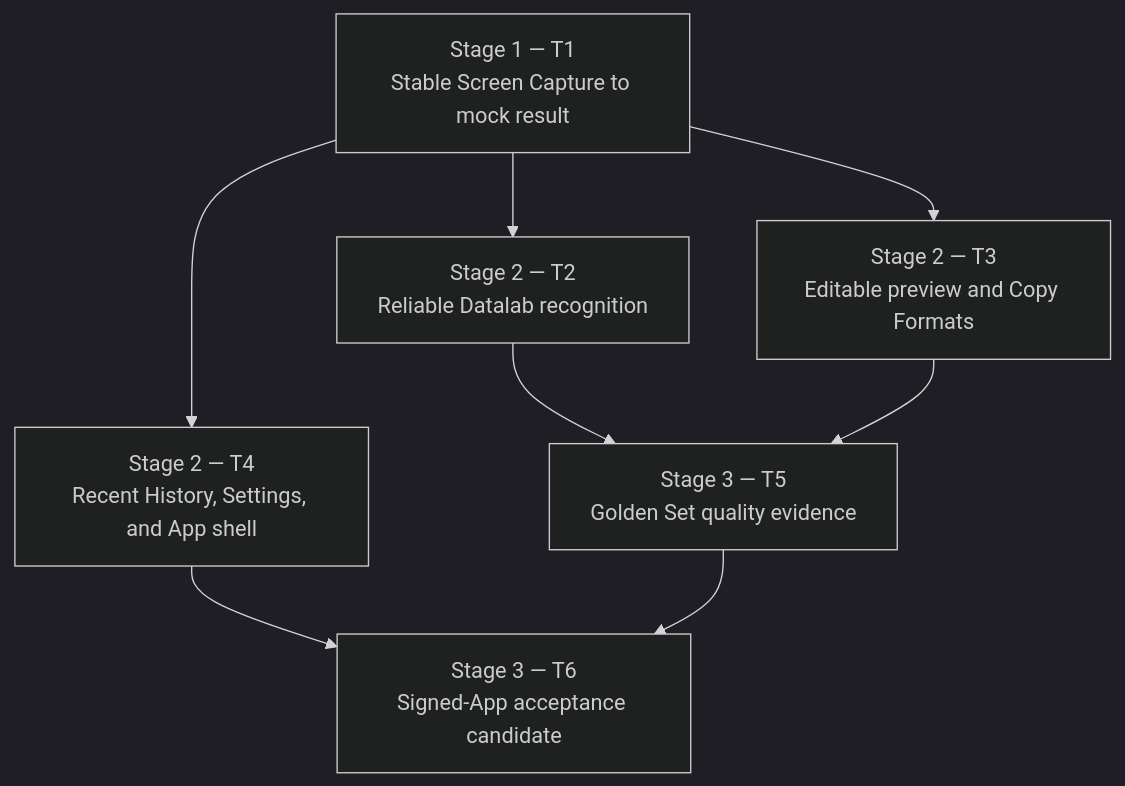
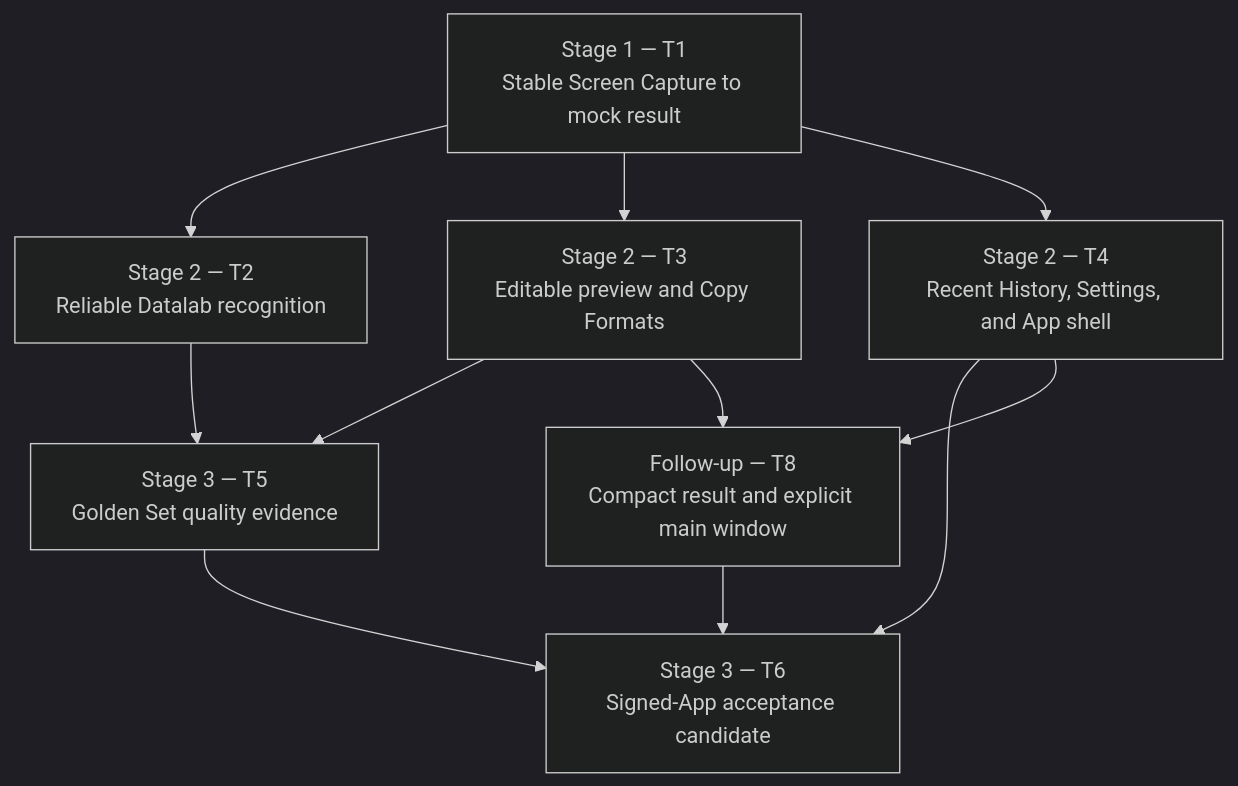
One commit to tterumiimurett/my_mathpix changed the diagram in .scratch/personal-mvp/map.md. Above: the diagram before and after it, drawn with Mermaid (dark theme). The commit also changed other lines of this file and 14 other files, not shown here.

Commit message:
Restore compact result panel and explicit workspace routing

````diff
--- a/.scratch/personal-mvp/map.md
+++ b/.scratch/personal-mvp/map.md
@@ -15,17 +15,21 @@
 ```mermaid
 flowchart TD
     T1["Stage 1 — T1<br/>Stable Screen Capture to mock result"]
     T2["Stage 2 — T2<br/>Reliable Datalab recognition"]
     T3["Stage 2 — T3<br/>Editable preview and Copy Formats"]
     T4["Stage 2 — T4<br/>Recent History, Settings, and App shell"]
     T5["Stage 3 — T5<br/>Golden Set quality evidence"]
     T6["Stage 3 — T6<br/>Signed-App acceptance candidate"]
 
     T1 --> T2
     T1 --> T3
     T1 --> T4
     T2 --> T5
     T3 --> T5
     T4 --> T6
     T5 --> T6
+    T8["Follow-up — T8<br/>Compact result and explicit main window"]
+    T3 --> T8
+    T4 --> T8
+    T8 --> T6
 ```
````
